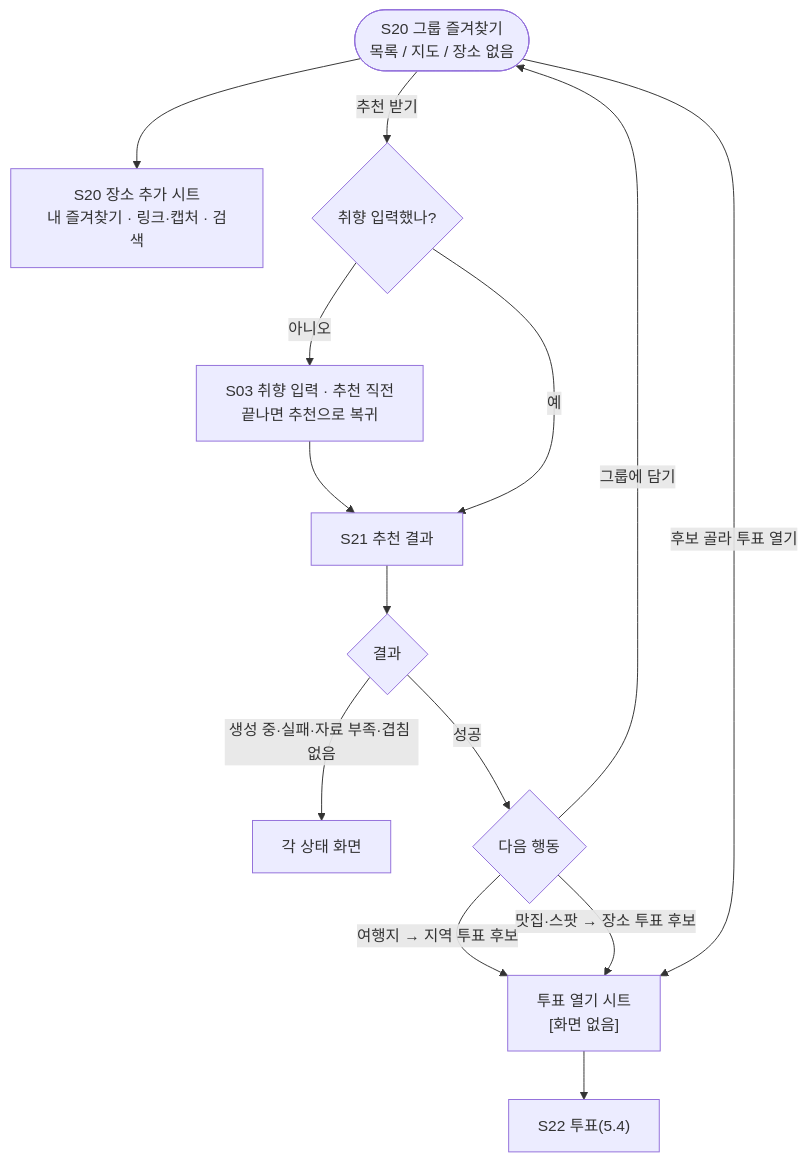
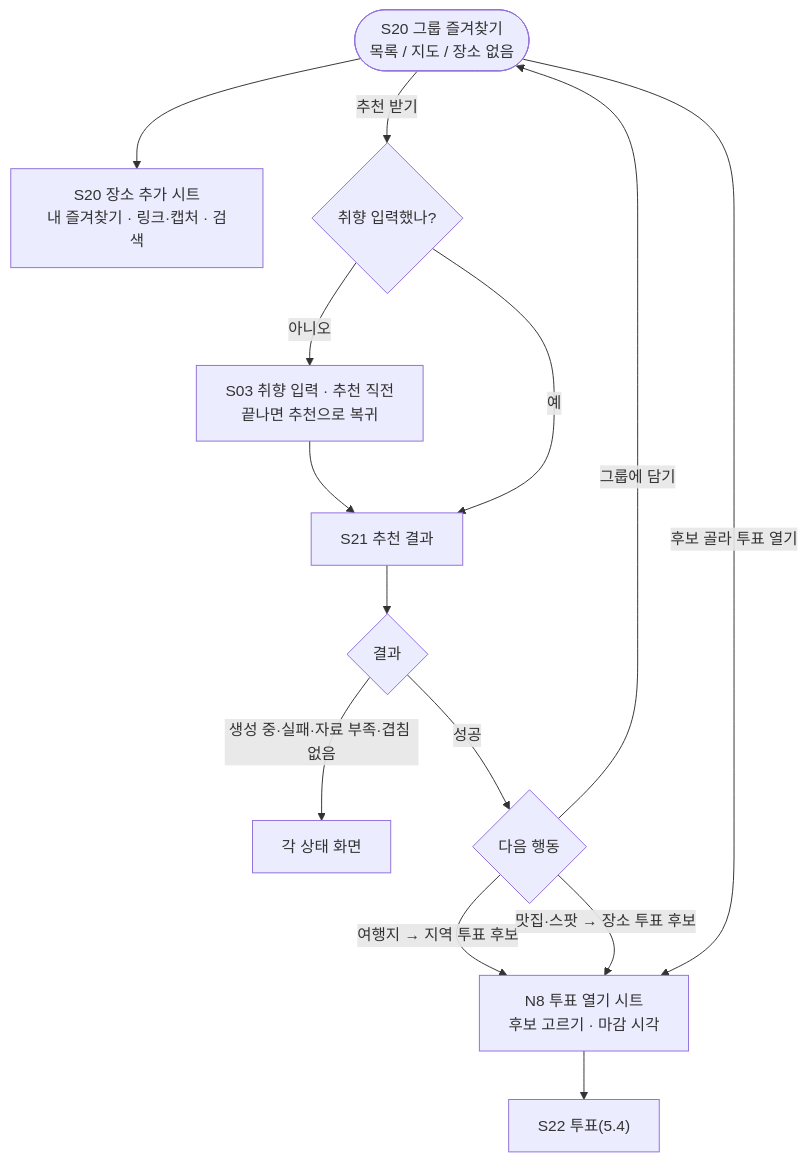
One commit to a204-eodilog/eodilog changed diagram 12 of 24 in docs/flow/user-flow.md. Above: the diagram before and after it, drawn with Mermaid. The commit also changed other lines of this file and 1 other file, not shown here.

````diff
--- a/docs/flow/user-flow.md
+++ b/docs/flow/user-flow.md
@@ -285,14 +294,14 @@
 ```mermaid
 flowchart TD
     S20(["S20 그룹 즐겨찾기<br/>목록 / 지도 / 장소 없음"]) --> ADD["S20 장소 추가 시트<br/>내 즐겨찾기 · 링크·캡처 · 검색"]
     S20 -- "추천 받기" --> TQ{"취향 입력했나?"}
     TQ -- "아니오" --> S03["S03 취향 입력 · 추천 직전<br/>끝나면 추천으로 복귀"] --> S21
     TQ -- "예" --> S21["S21 추천 결과"]
     S21 --> R{"결과"}
     R -- "생성 중·실패·자료 부족·겹침 없음" --> ST["각 상태 화면"]
     R -- "성공" --> NX{"다음 행동"}
     NX -- "그룹에 담기" --> S20
     NX -- "여행지 → 지역 투표 후보" --> OPEN
     NX -- "맛집·스팟 → 장소 투표 후보" --> OPEN
-    S20 -- "후보 골라 투표 열기" --> OPEN["투표 열기 시트<br/>[화면 없음]"] --> S22["S22 투표(5.4)"]
+    S20 -- "후보 골라 투표 열기" --> OPEN["N8 투표 열기 시트<br/>후보 고르기 · 마감 시각"] --> S22["S22 투표(5.4)"]
 ```
````
